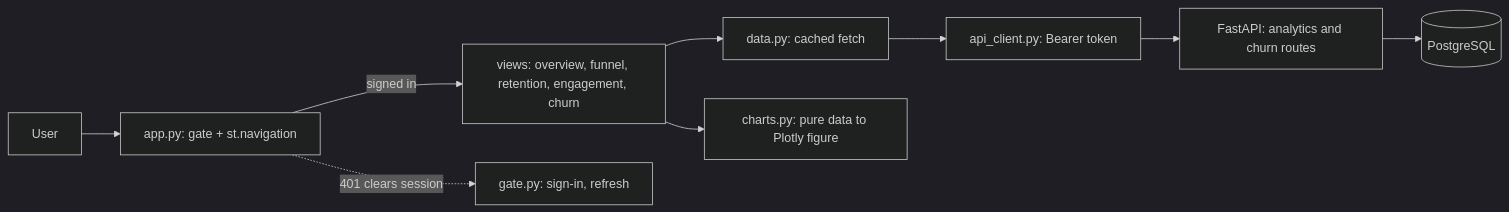
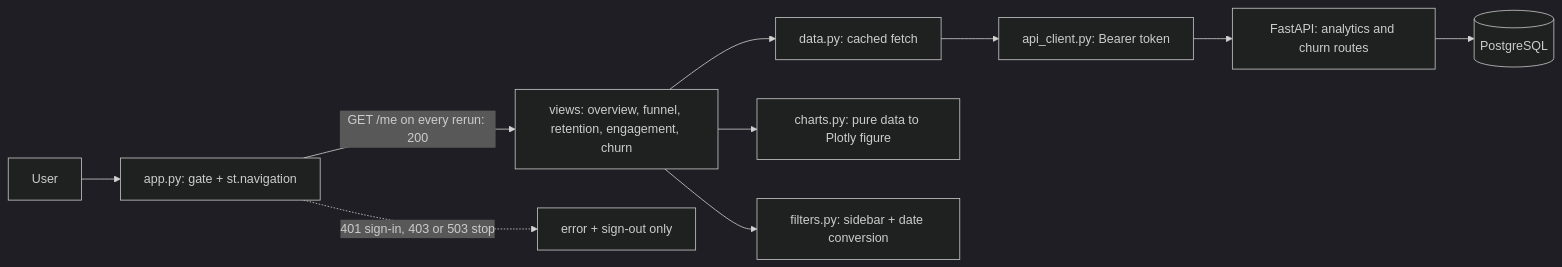
One commit to yashdiwan12/Churnscope changed the diagram in docs/superpowers/specs/2026-10-30-phase6-dashboard-design.md. Above: the diagram before and after it, drawn with Mermaid (dark theme). The commit also changed other lines of this file, not shown here.

Commit message:
docs: revise Phase 6 spec after review (cache key, inclusive end date, 422, time basis, gate stop, model note)

````diff
--- a/docs/superpowers/specs/2026-10-30-phase6-dashboard-design.md
+++ b/docs/superpowers/specs/2026-10-30-phase6-dashboard-design.md
@@ -26,11 +30,12 @@
 ```mermaid
 flowchart LR
     U[User] --> A[app.py: gate + st.navigation]
-    A -->|signed in| P[views: overview, funnel, retention, engagement, churn]
+    A -->|GET /me on every rerun: 200| P[views: overview, funnel, retention, engagement, churn]
+    A -.->|401 sign-in, 403 or 503 stop| X[error + sign-out only]
     P --> D[data.py: cached fetch]
     D --> C[api_client.py: Bearer token]
     C --> API[FastAPI: analytics and churn routes]
     API --> DB[(PostgreSQL)]
     P --> CH[charts.py: pure data to Plotly figure]
-    A -.->|401 clears session| G[gate.py: sign-in, refresh]
+    P --> F[filters.py: sidebar + date conversion]
 ```
````
